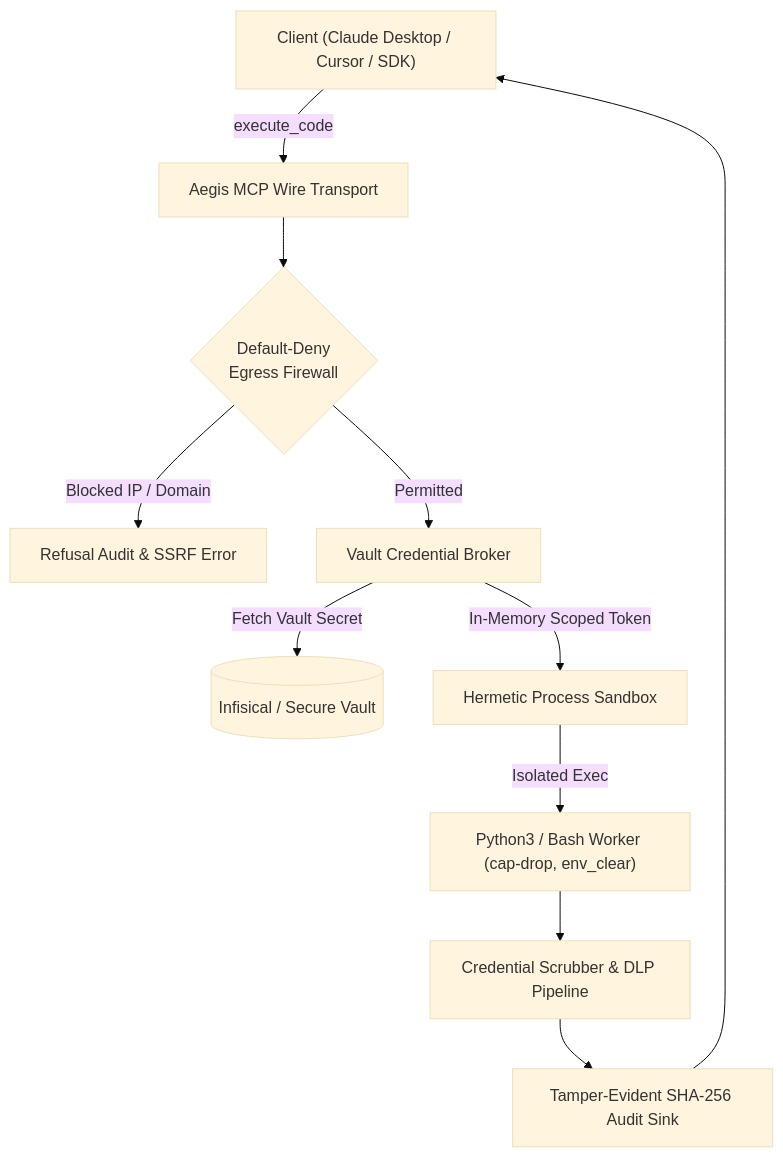
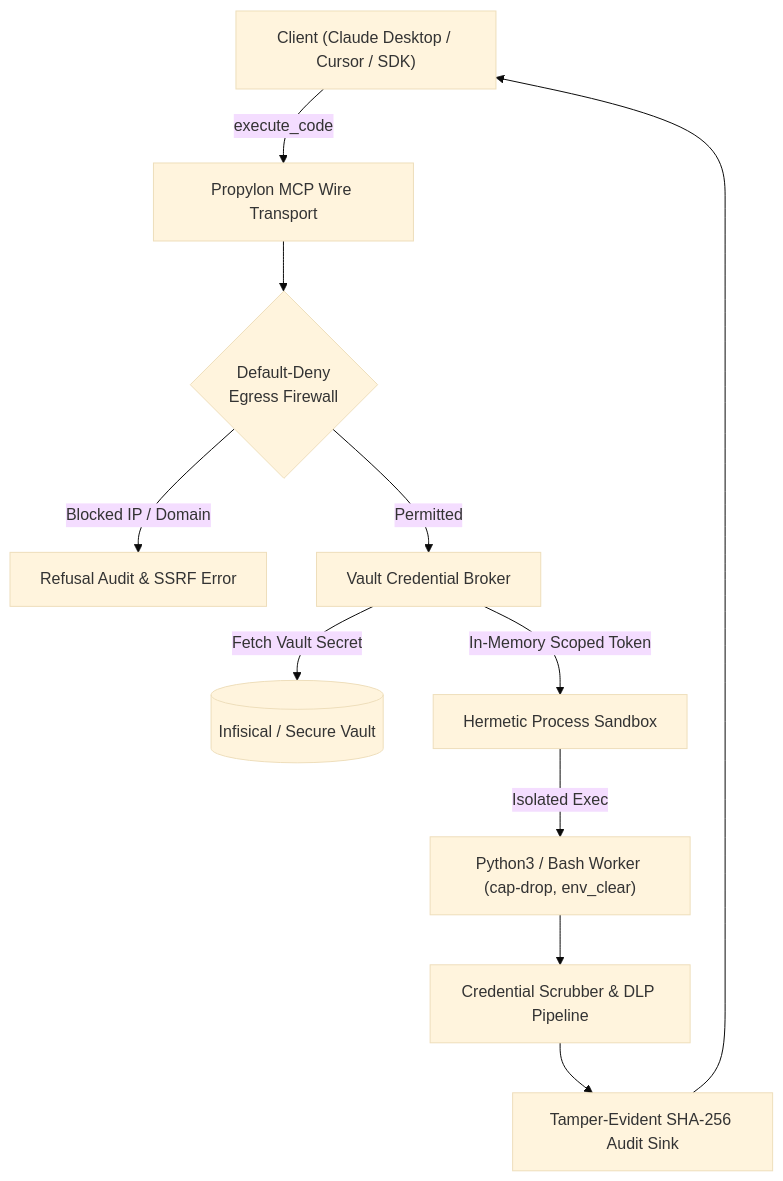
The diagram in docs/roadmap/16_PHASE_16_UNIVERSAL_CODE_SANDBOX_CREDENTIAL_BROKER_AND_EGRESS_FIREWALL.md (ihkaru/aegis-gateway), drawn with Mermaid (base theme) before and after one commit. The commit also changed other lines of this file and 253 other files, not shown here.

Commit message:
chore(rebrand): rename project from aegis to propylon across entire codebase

````diff
--- a/docs/roadmap/16_PHASE_16_UNIVERSAL_CODE_SANDBOX_CREDENTIAL_BROKER_AND_EGRESS_FIREWALL.md
+++ b/docs/roadmap/16_PHASE_16_UNIVERSAL_CODE_SANDBOX_CREDENTIAL_BROKER_AND_EGRESS_FIREWALL.md
@@ -26,13 +26,13 @@
 ```mermaid
 flowchart TD
-    Client["Client (Claude Desktop / Cursor / SDK)"] -->|execute_code| Wire["Aegis MCP Wire Transport"]
+    Client["Client (Claude Desktop / Cursor / SDK)"] -->|execute_code| Wire["Propylon MCP Wire Transport"]
     Wire --> EgressCheck{"Default-Deny<br/>Egress Firewall"}
     EgressCheck -->|Blocked IP / Domain| Refusal["Refusal Audit & SSRF Error"]
     EgressCheck -->|Permitted| Broker["Vault Credential Broker"]
     Broker -->|Fetch Vault Secret| Vault[("Infisical / Secure Vault")]
     Broker -->|In-Memory Scoped Token| Sandbox["Hermetic Process Sandbox"]
     Sandbox -->|Isolated Exec| Runner["Python3 / Bash Worker (cap-drop, env_clear)"]
     Runner --> Scrubber["Credential Scrubber & DLP Pipeline"]
     Scrubber --> Audit["Tamper-Evident SHA-256 Audit Sink"]
     Audit --> Client
 ```
````
